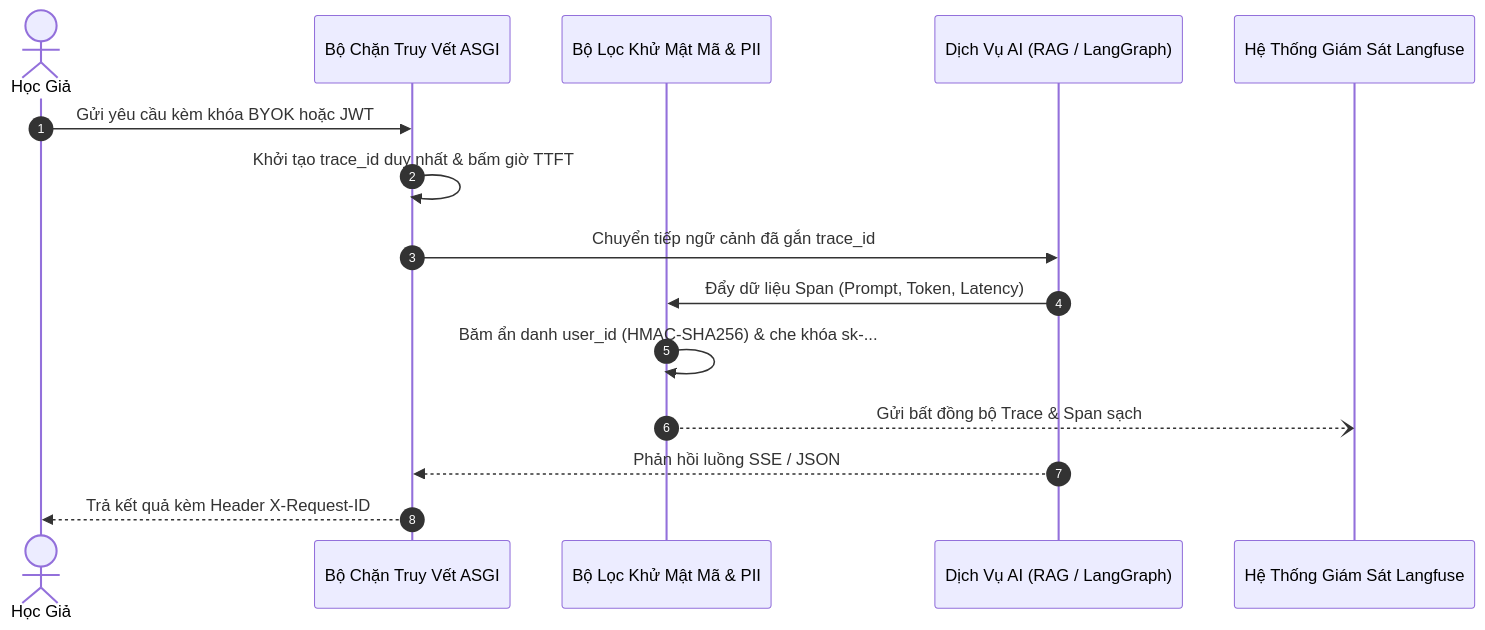
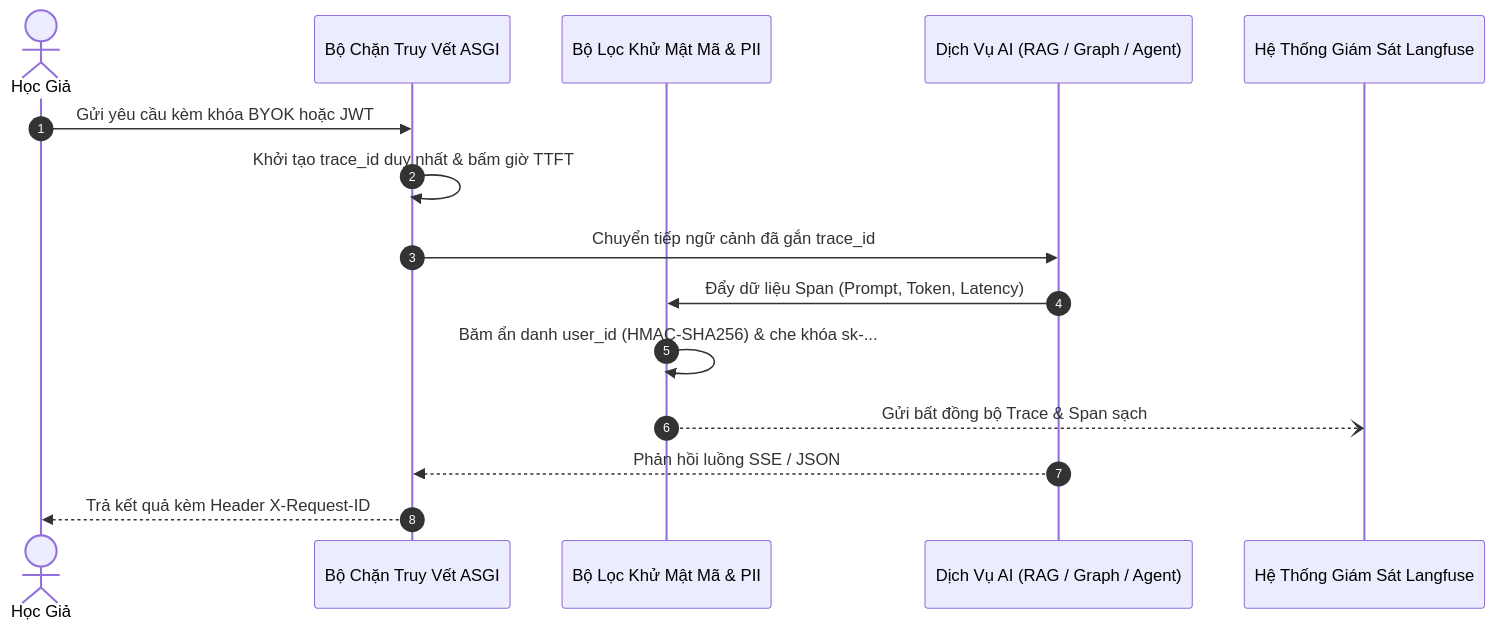
The third of 3 diagrams in docs/specs/07-monitoring-and-langfuse-spec.md (dammanhdungvn/VeriScholar), drawn with Mermaid before and after one commit. The commit also changed other lines of this file and 1 other file, not shown here.

````diff
--- a/docs/specs/07-monitoring-and-langfuse-spec.md
+++ b/docs/specs/07-monitoring-and-langfuse-spec.md
@@ -337,18 +560,18 @@
 ```mermaid
 sequenceDiagram
     autonumber
     actor Scholar as Học Giả
     participant ASGI as Bộ Chặn Truy Vết ASGI
     participant Scrubber as Bộ Lọc Khử Mật Mã & PII
-    participant Service as Dịch Vụ AI (RAG / LangGraph)
+    participant Service as Dịch Vụ AI (RAG / Graph / Agent)
     participant Langfuse as Hệ Thống Giám Sát Langfuse
 
     Scholar->>ASGI: Gửi yêu cầu kèm khóa BYOK hoặc JWT
     ASGI->>ASGI: Khởi tạo trace_id duy nhất & bấm giờ TTFT
     ASGI->>Service: Chuyển tiếp ngữ cảnh đã gắn trace_id
     Service->>Scrubber: Đẩy dữ liệu Span (Prompt, Token, Latency)
     Scrubber->>Scrubber: Băm ẩn danh user_id (HMAC-SHA256) & che khóa sk-...
     Scrubber--)Langfuse: Gửi bất đồng bộ Trace & Span sạch
     Service-->>ASGI: Phản hồi luồng SSE / JSON
     ASGI-->>Scholar: Trả kết quả kèm Header X-Request-ID
 ```
````
